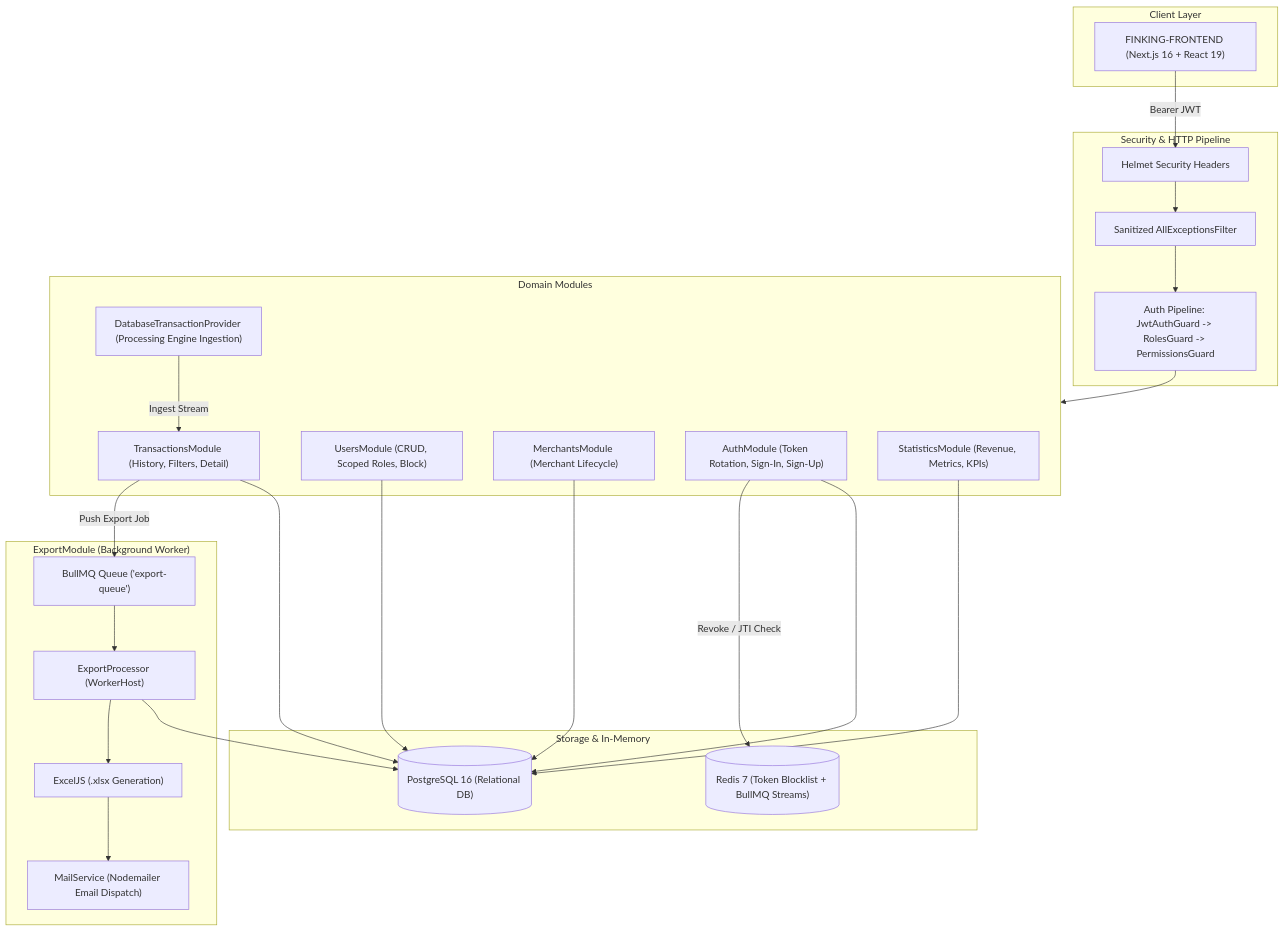
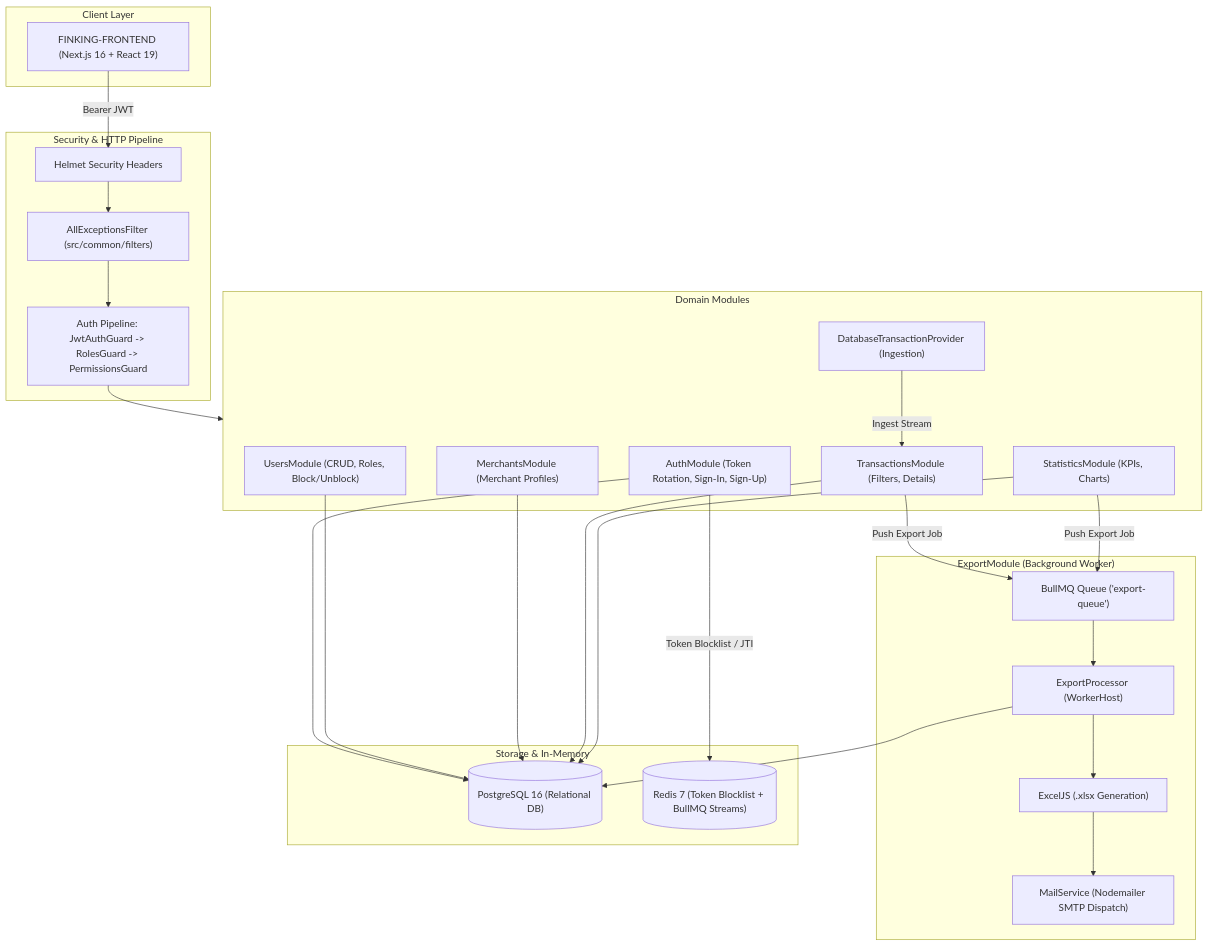
The diagram in README.md (swe-rashad/FINKING-BACKEND), drawn with Mermaid before and after one commit. The commit also changed other lines of this file, not shown here.

````diff
--- a/README.md
+++ b/README.md
@@ -21,52 +21,53 @@
 ```mermaid
 flowchart TB
   subgraph Client ["Client Layer"]
     FE["FINKING-FRONTEND (Next.js 16 + React 19)"]
   end
 
   subgraph Gateway ["Security & HTTP Pipeline"]
     Helmet["Helmet Security Headers"]
-    Filter["Sanitized AllExceptionsFilter"]
+    Filter["AllExceptionsFilter (src/common/filters)"]
     Guards["Auth Pipeline: JwtAuthGuard -> RolesGuard -> PermissionsGuard"]
   end
 
   subgraph Modules ["Domain Modules"]
     Auth["AuthModule (Token Rotation, Sign-In, Sign-Up)"]
-    Users["UsersModule (CRUD, Scoped Roles, Block)"]
-    Merchants["MerchantsModule (Merchant Lifecycle)"]
-    TxProvider["DatabaseTransactionProvider (Processing Engine Ingestion)"]
-    Transactions["TransactionsModule (History, Filters, Detail)"]
-    Statistics["StatisticsModule (Revenue, Metrics, KPIs)"]
+    Users["UsersModule (CRUD, Roles, Block/Unblock)"]
+    Merchants["MerchantsModule (Merchant Profiles)"]
+    TxProvider["DatabaseTransactionProvider (Ingestion)"]
+    Transactions["TransactionsModule (Filters, Details)"]
+    Statistics["StatisticsModule (KPIs, Charts)"]
   end
 
   subgraph AsyncWorker ["ExportModule (Background Worker)"]
     Queue["BullMQ Queue ('export-queue')"]
     Worker["ExportProcessor (WorkerHost)"]
     Excel["ExcelJS (.xlsx Generation)"]
-    Mail["MailService (Nodemailer Email Dispatch)"]
+    Mail["MailService (Nodemailer SMTP Dispatch)"]
   end
 
   subgraph DataStores ["Storage & In-Memory"]
     Postgres[("PostgreSQL 16 (Relational DB)")]
     Redis[("Redis 7 (Token Blocklist + BullMQ Streams)")]
   end
 
   FE -->|Bearer JWT| Helmet
   Helmet --> Filter
   Filter --> Guards
   Guards --> Modules
 
   Auth --> Postgres
-  Auth -->|Revoke / JTI Check| Redis
+  Auth -->|Token Blocklist / JTI| Redis
   Users --> Postgres
   Merchants --> Postgres
   TxProvider -->|Ingest Stream| Transactions
   Transactions --> Postgres
   Statistics --> Postgres
 
   Transactions -->|Push Export Job| Queue
+  Statistics -->|Push Export Job| Queue
   Queue --> Worker
   Worker --> Postgres
   Worker --> Excel
   Excel --> Mail
 ```
````
